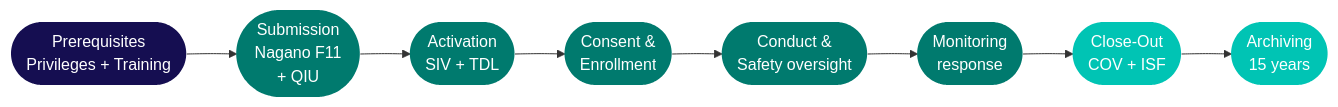
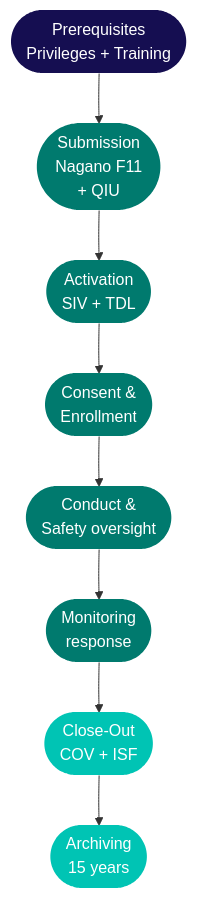
Before and after one commit to matthewfiorentino/docs: the diagram in kb/roles/pi-pathway.mdx, drawn with Mermaid. The commit also changed 2 other files, not shown here.

Commit message:
Convert all LR mermaid diagrams to TD for proper sizing and zoom controls

````diff
--- a/kb/roles/pi-pathway.mdx
+++ b/kb/roles/pi-pathway.mdx
@@ -8,13 +8,13 @@
 ```mermaid
-flowchart LR
+flowchart TD
     A([Prerequisites\nPrivileges + Training]) --> B([Submission\nNagano F11\n+ QIU]) --> C([Activation\nSIV + TDL]) --> D([Consent &\nEnrollment]) --> E([Conduct &\nSafety oversight]) --> F([Monitoring\nresponse]) --> G([Close-Out\nCOV + ISF]) --> H([Archiving\n15 years])
 
     style A fill:#150e51,color:#fff,stroke:none
     style B fill:#007a6e,color:#fff,stroke:none
     style C fill:#007a6e,color:#fff,stroke:none
     style D fill:#007a6e,color:#fff,stroke:none
     style E fill:#007a6e,color:#fff,stroke:none
     style F fill:#007a6e,color:#fff,stroke:none
     style G fill:#00c4b4,color:#fff,stroke:none
     style H fill:#00c4b4,color:#fff,stroke:none
 ```
````
